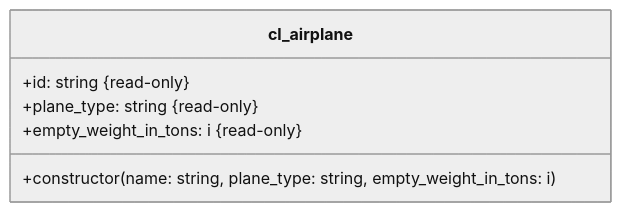
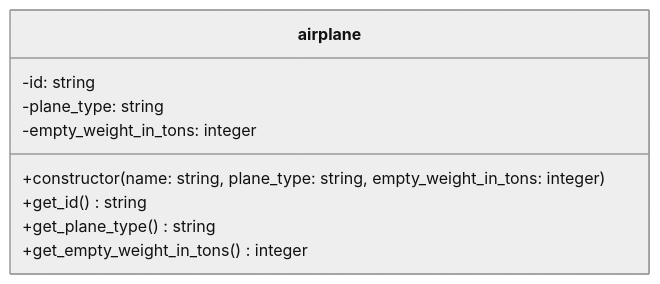
One commit to appenmaier/s4hana changed the diagram in docs/exercises/abap-objects/abap-objects-03.md. Above: the diagram before and after it, drawn with Mermaid (neutral theme). The commit also changed other lines of this file and 7 other files, not shown here.

````diff
--- a/docs/exercises/abap-objects/abap-objects-03.md
+++ b/docs/exercises/abap-objects/abap-objects-03.md
@@ -11,9 +11,12 @@
 ```mermaid
 classDiagram
-   class cl_airplane {
-      +id: string &#123read-only&#125
-      +plane_type: string &#123read-only&#125
-      +empty_weight_in_tons: i &#123read-only&#125
-      +constructor(name: string, plane_type: string, empty_weight_in_tons: i)
+   class airplane {
+      -id: string
+      -plane_type: string
+      -empty_weight_in_tons: integer
+      +constructor(name: string, plane_type: string, empty_weight_in_tons: integer)
+      +get_id() string
+      +get_plane_type() string
+      +get_empty_weight_in_tons() integer
    }
 ```
````
